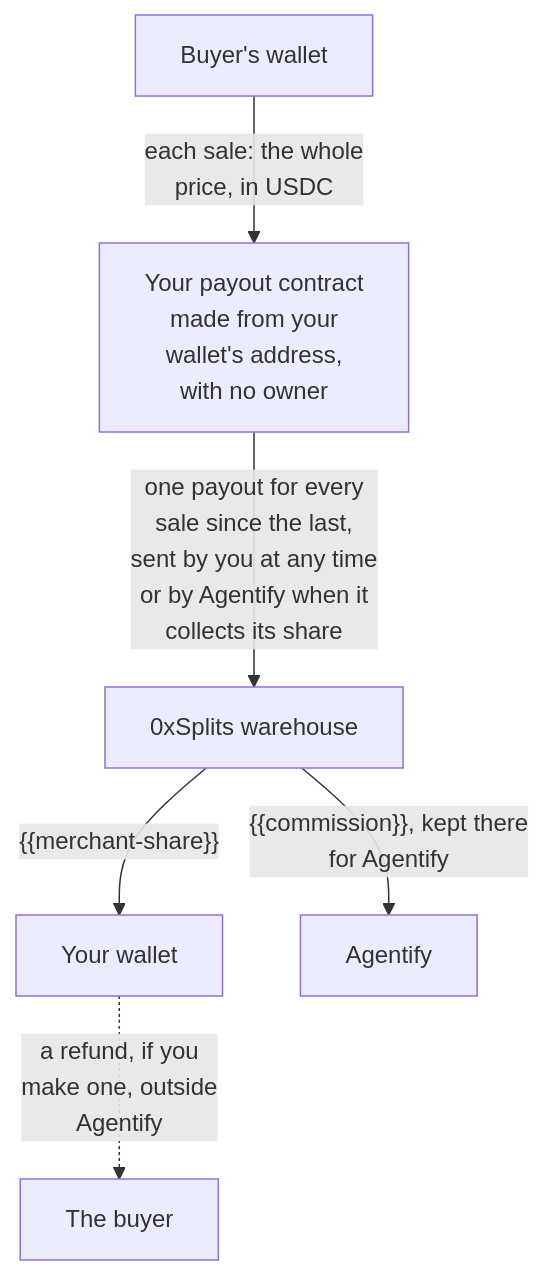
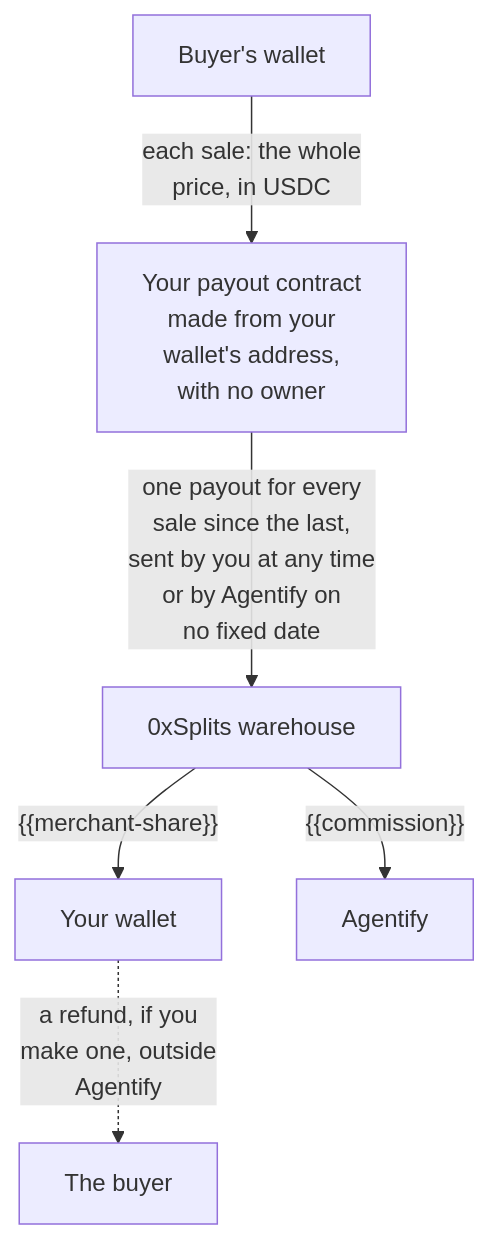
Before and after one commit to nuanu-ai/agentify: the diagram in apps/docs/money.md, drawn with Mermaid. The commit also changed other lines of this file and 4 other files, not shown here.

First line of the commit message:
docs(portal): a payout pays the merchant and Agentify in one transaction

````diff
--- a/apps/docs/money.md
+++ b/apps/docs/money.md
@@ -14,10 +14,10 @@
 ```mermaid
 flowchart TB
     accTitle: Where a buyer's payment goes
-    accDescr: Each sale pays the whole price in USDC into your payout contract, which is made from your wallet's address and has no owner. One payout transaction, sent by you at any time or by Agentify when it collects its own share, pays out every sale since the last payout through the shared 0xSplits warehouse: {{merchant-share:words}} to your wallet, and {{commission:words}} kept in the warehouse for Agentify. A refund, if you make one, goes from your wallet to the buyer outside Agentify, and closing fulfillment of an order moves no money.
+    accDescr: Each sale pays the whole price in USDC into your payout contract, which is made from your wallet's address and has no owner. One payout transaction, sent by you at any time or by Agentify on no fixed date, pays out every sale since the last payout through the shared 0xSplits warehouse: {{merchant-share:words}} to your wallet and {{commission:words}} to Agentify. A refund, if you make one, goes from your wallet to the buyer outside Agentify, and closing fulfillment of an order moves no money.
     B["Buyer's wallet"] -- "each sale: the whole<br/>price, in USDC" --> C["Your payout contract<br/>made from your<br/>wallet's address,<br/>with no owner"]
-    C -- "one payout for every<br/>sale since the last,<br/>sent by you at any time<br/>or by Agentify when it<br/>collects its share" --> W["0xSplits warehouse"]
+    C -- "one payout for every<br/>sale since the last,<br/>sent by you at any time<br/>or by Agentify on<br/>no fixed date" --> W["0xSplits warehouse"]
     W -- "{{merchant-share}}" --> Y["Your wallet"]
-    W -- "{{commission}}, kept there<br/>for Agentify" --> F["Agentify"]
+    W -- "{{commission}}" --> F["Agentify"]
     Y -. "a refund, if you<br/>make one, outside<br/>Agentify" .-> R["The buyer"]
 ```
````
